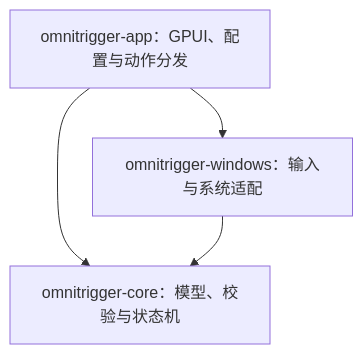
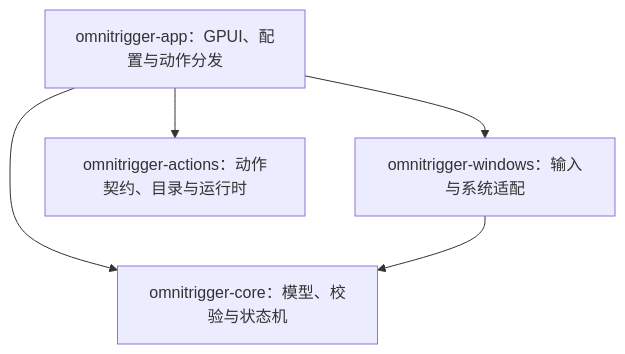
Before and after one commit to ceastld/omnitrigger: the diagram in docs/ARCHITECTURE.md, drawn with Mermaid. The commit also changed other lines of this file and 82 other files, not shown here.

````diff
--- a/docs/ARCHITECTURE.md
+++ b/docs/ARCHITECTURE.md
@@ -7,6 +9,7 @@
 ```mermaid
 flowchart TB
     A[omnitrigger-app：GPUI、配置与动作分发] --> W[omnitrigger-windows：输入与系统适配]
     A --> C[omnitrigger-core：模型、校验与状态机]
+    A --> X[omnitrigger-actions：动作契约、目录与运行时]
     W --> C
 ```
````
